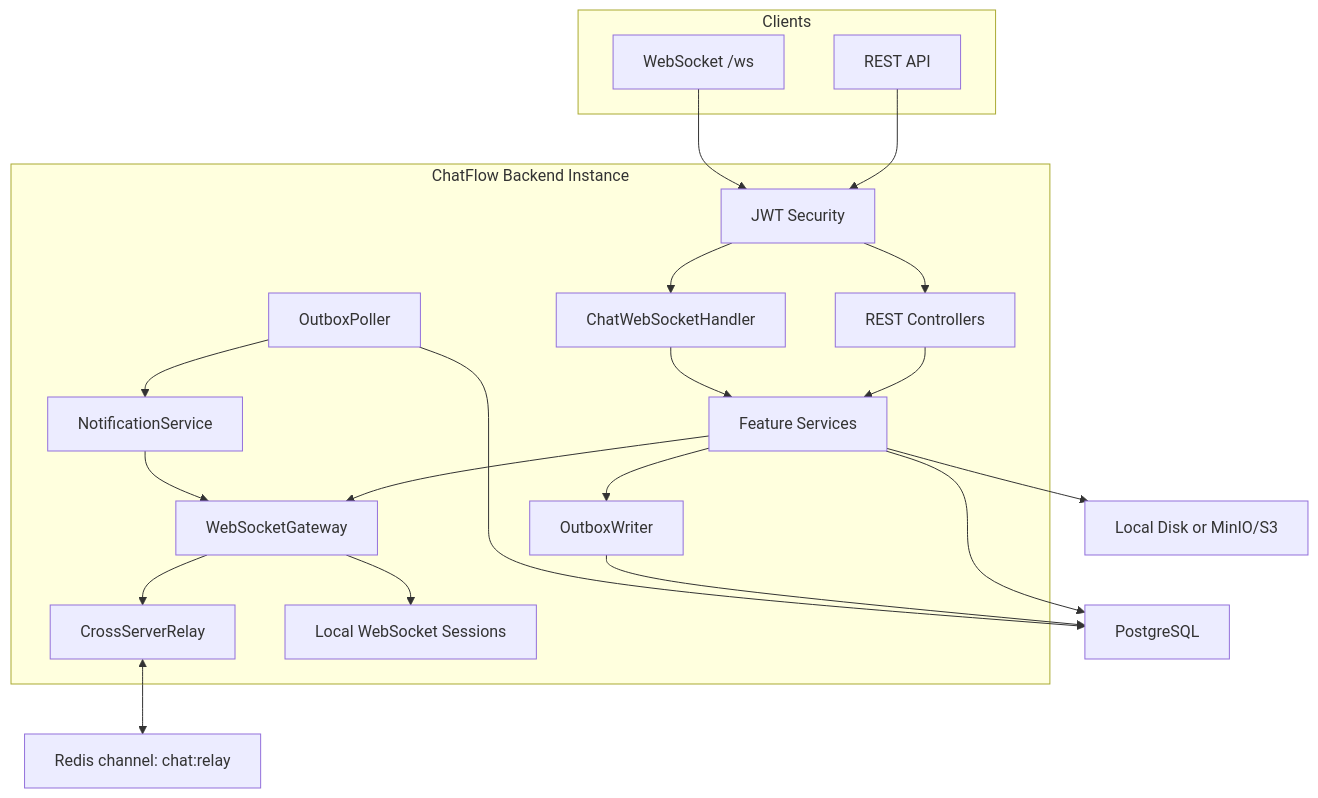
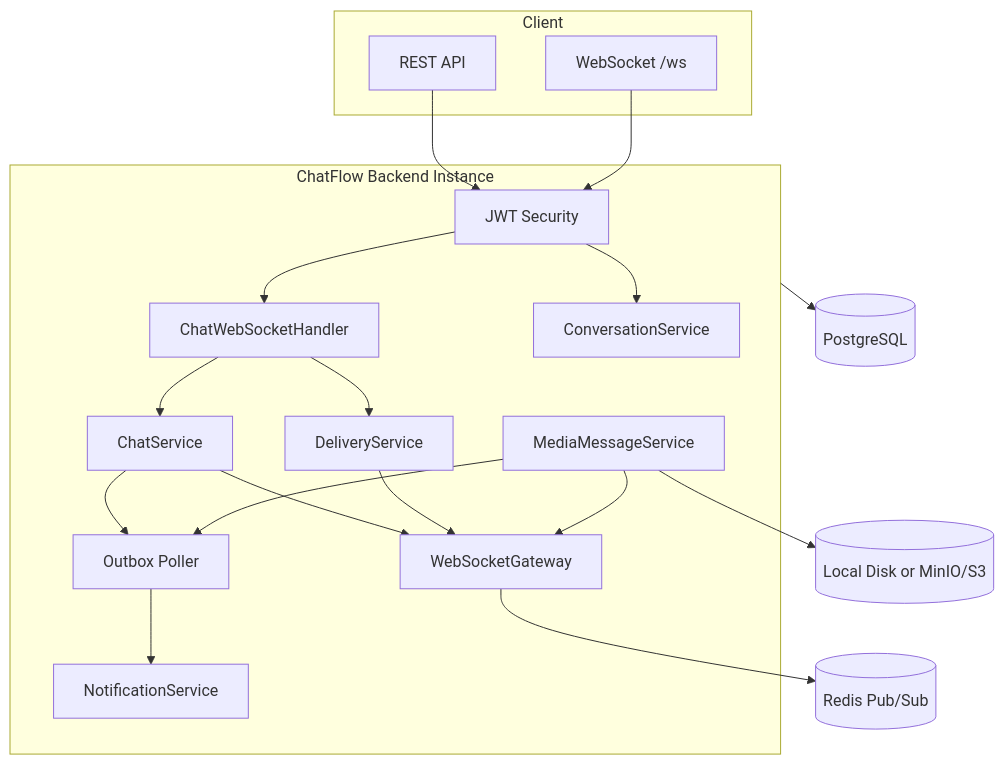
One commit to SudhanshuSingh6/ChatFlow changed the second of 5 diagrams in README.md. Above: the diagram before and after it, drawn with Mermaid. The commit also changed other lines of this file, not shown here.

````diff
--- a/README.md
+++ b/README.md
@@ -76,40 +76,36 @@
 ```mermaid
 flowchart TB
-  subgraph Client["Clients"]
-    REST["REST API"]
-    WS["WebSocket /ws"]
+  subgraph Client
+    REST[REST API]
+    WS[WebSocket /ws]
   end
 
   subgraph Backend["ChatFlow Backend Instance"]
-    Security["JWT Security"]
-    Controllers["REST Controllers"]
-    Handler["ChatWebSocketHandler"]
-    Services["Feature Services"]
-    Gateway["WebSocketGateway"]
-    OutboxWriter["OutboxWriter"]
-    OutboxPoller["OutboxPoller"]
-    Notification["NotificationService"]
-    Relay["CrossServerRelay"]
-    Sessions["Local WebSocket Sessions"]
+    Security[JWT Security]
+    Handler[ChatWebSocketHandler]
+    Gateway[WebSocketGateway]
+    Chat[ChatService]
+    Delivery[DeliveryService]
+    Conversation[ConversationService]
+    Media[MediaMessageService]
+    Notification[NotificationService]
+    Outbox[Outbox Poller]
   end
 
   REST --> Security
   WS --> Security
-  Security --> Controllers
   Security --> Handler
-  Controllers --> Services
-  Handler --> Services
+  Security --> Conversation
+  Handler --> Chat
+  Handler --> Delivery
+  Chat --> Gateway
+  Delivery --> Gateway
+  Media --> Gateway
+  Chat --> Outbox
+  Media --> Outbox
+  Outbox --> Notification
 
-  Services --> DB["PostgreSQL"]
-  Services --> Storage["Local Disk or MinIO/S3"]
-  Services --> Gateway
-  Services --> OutboxWriter
-  OutboxWriter --> DB
-  OutboxPoller --> DB
-  OutboxPoller --> Notification
-  Notification --> Gateway
-
-  Gateway --> Sessions
-  Gateway --> Relay
-  Relay <--> Redis["Redis channel: chat:relay"]
+  Backend --> DB[(PostgreSQL)]
+  Gateway --> Redis[(Redis Pub/Sub)]
+  Media --> S3[(Local Disk or MinIO/S3)]
 ```
````
